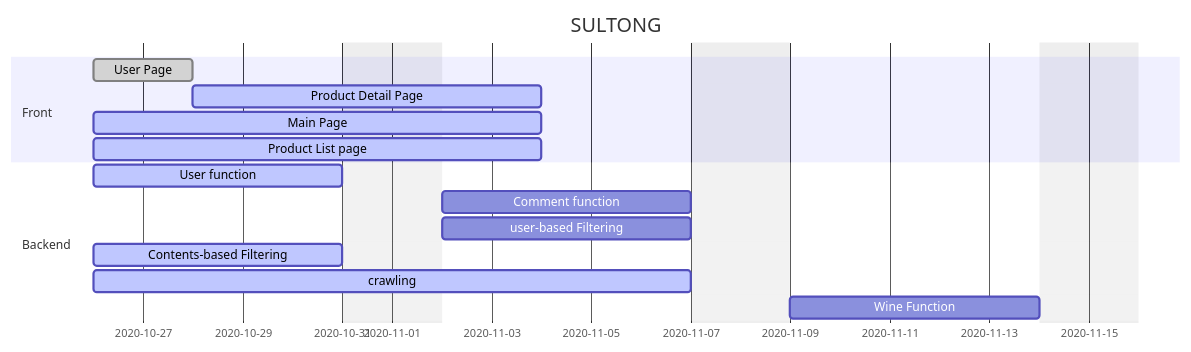
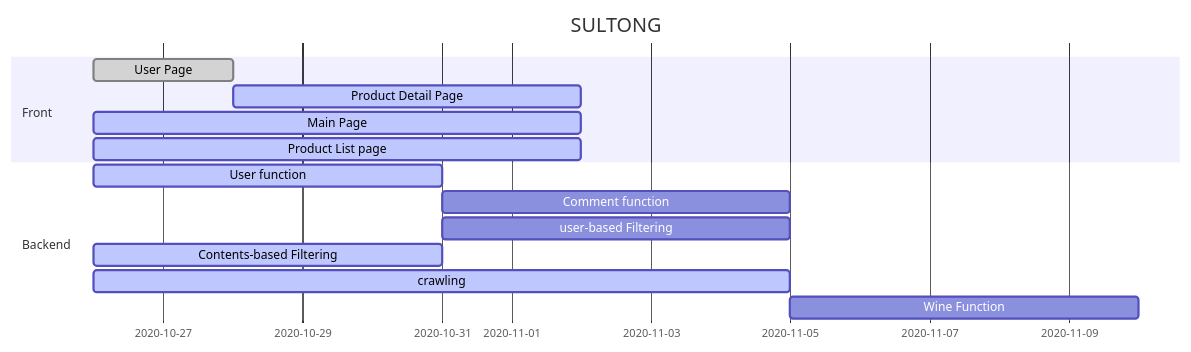
Before and after one commit to ahrtz/wini: the diagram in README.md, drawn with Mermaid.

Commit message:
[docs] - README

````diff
--- a/README.md
+++ b/README.md
@@ -5,24 +5,23 @@
 ```mermaid
 gantt
 dateFormat  YYYY-MM-DD
 title SULTONG
-excludes weekends
 
 section Front
 
 User Page               :done,  		front1, 2020-10-26, 2d
 Product Detail Page 	:active,		front2, after font1, 5d
 Main Page               :active,  	front3, 2020-10-26, 7d
 Product List page       :active,     front4, 2020-10-26, 7d
 
 
 section Backend
 User function               :active,  back1, 2020-10-26, 5d
 
 Comment function            :         back4, after back1, 5d
 user-based Filtering      	:         back5, after back1, 5d
 Contents-based Filtering    :active,  back3, 2020-10-26, 5d
 crawling               		:active,  back2, 2020-10-26, 10d
 Wine Function 				:         back6, after back2, 5d
 
 ```
````
